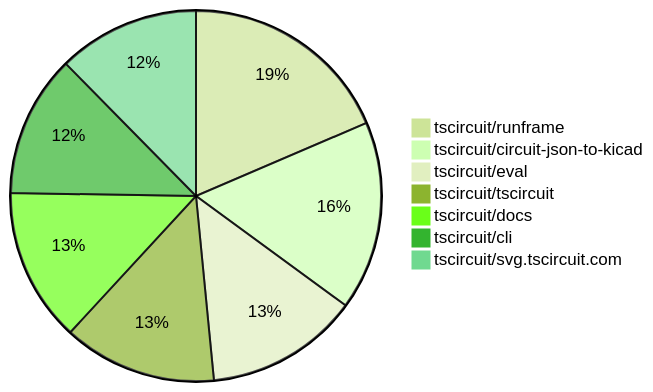
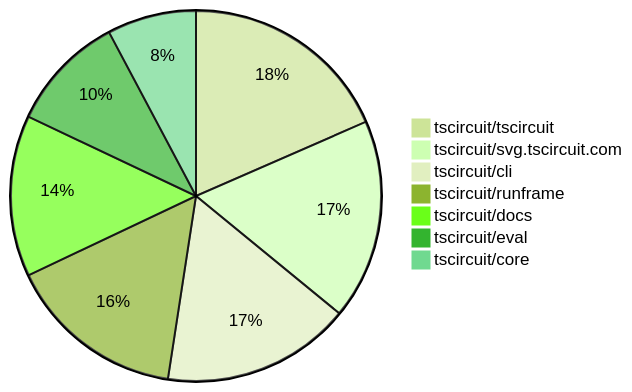
One commit to tscircuit/contribution-tracker changed the second of 2 diagrams in README.md. Above: the diagram before and after it, drawn with Mermaid (forest theme). The commit also changed other lines of this file and 3 other files, not shown here.

````diff
--- a/README.md
+++ b/README.md
@@ -122,10 +132,10 @@
 ```mermaid
 pie
-    "tscircuit/runframe" : 18
-    "tscircuit/circuit-json-to-kicad" : 16
-    "tscircuit/eval" : 13
-    "tscircuit/tscircuit" : 13
-    "tscircuit/docs" : 13
-    "tscircuit/cli" : 12
-    "tscircuit/svg.tscircuit.com" : 12
+    "tscircuit/tscircuit" : 38
+    "tscircuit/svg.tscircuit.com" : 36
+    "tscircuit/cli" : 34
+    "tscircuit/runframe" : 32
+    "tscircuit/docs" : 29
+    "tscircuit/eval" : 21
+    "tscircuit/core" : 16
 ```
````
